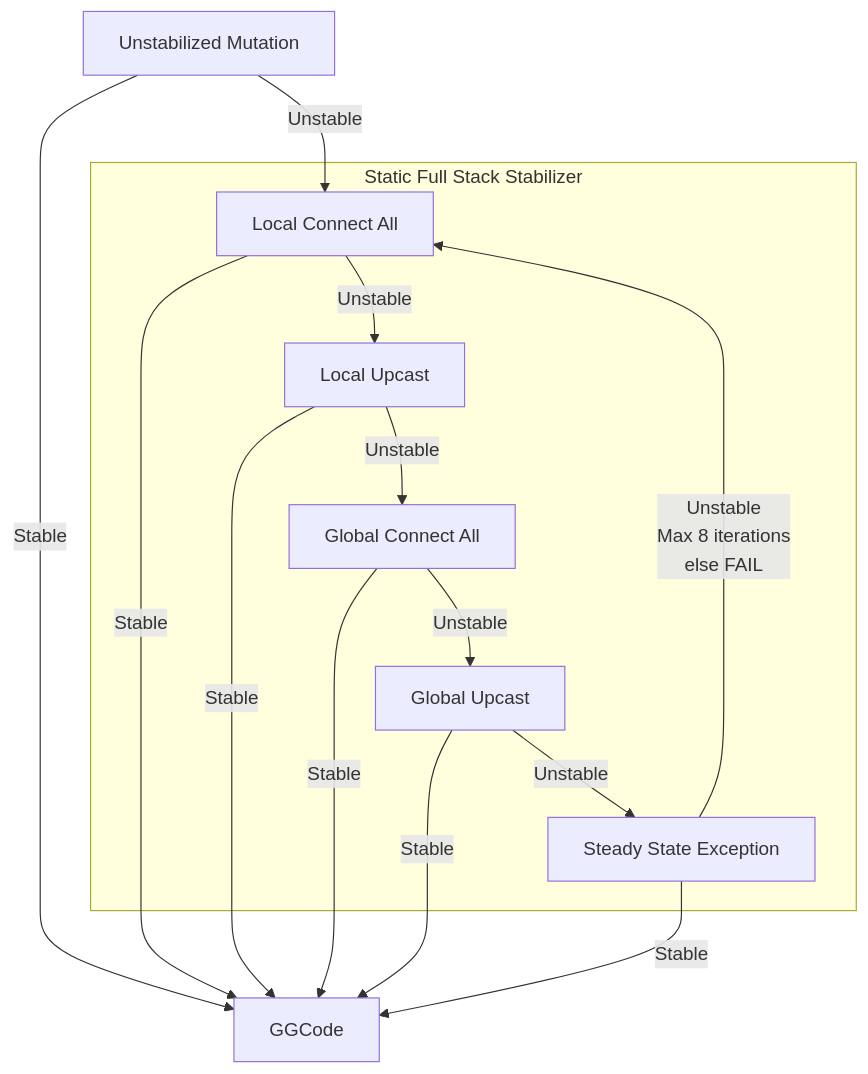
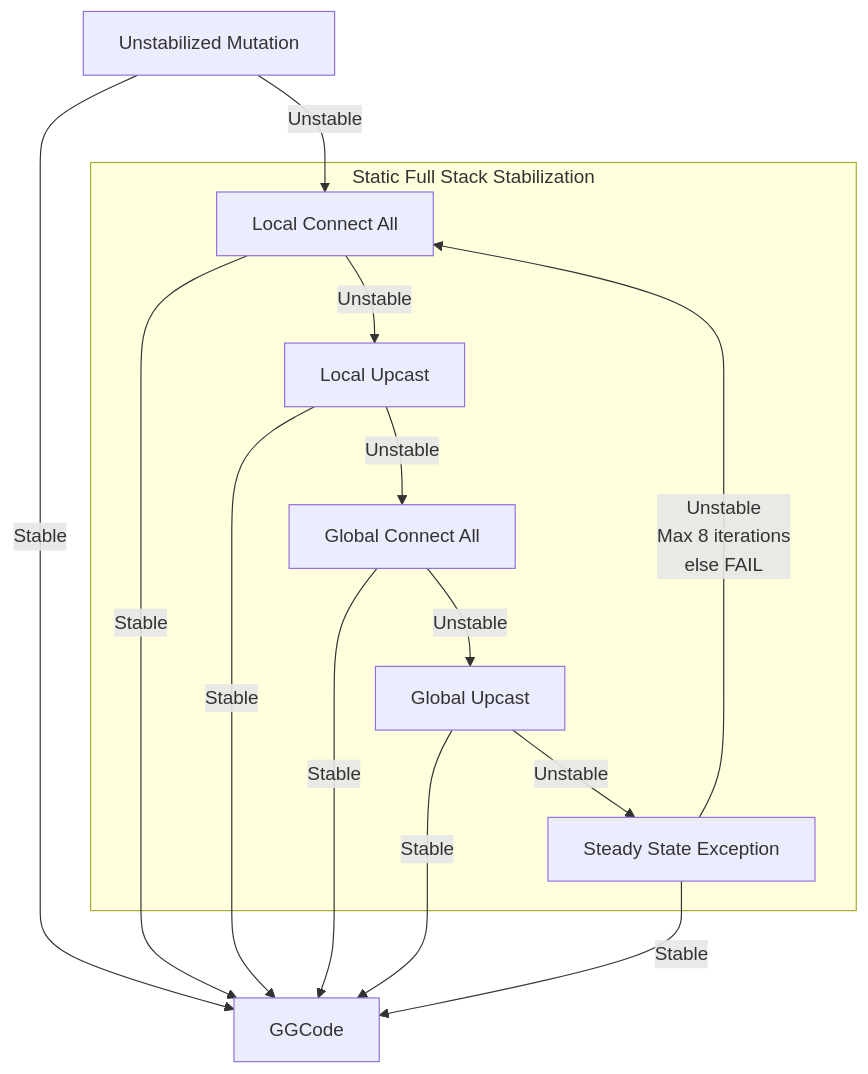
One commit to Shapedsundew9/erasmus-gp changed the diagram in egppy/egppy/physics/docs/sse.md. Above: the diagram before and after it, drawn with Mermaid. The commit also changed other lines of this file and 22 other files, not shown here.

````diff
--- a/egppy/egppy/physics/docs/sse.md
+++ b/egppy/egppy/physics/docs/sse.md
@@ -50,30 +50,30 @@
 ```mermaid
 %% Paths to Stability
 flowchart TB
     UM["Unstabilized Mutation"]
 
-    subgraph FSS["Static Full Stack Stabilizer"]
+    subgraph FSS["Static Full Stack Stabilization"]
         LCA["Local Connect All"]
         LUC["Local Upcast"]
         GCA["Global Connect All"]
         GUC["Global Upcast"]
         SSE["Steady State Exception"]
     end
 
     GGC["GGCode"]
 
     UM -- Stable --> GGC
     UM -- Unstable --> LCA
     LCA -- Stable --> GGC
     LCA -- Unstable --> LUC
     LUC -- Stable --> GGC
     LUC -- Unstable --> GCA
     GCA -- Stable --> GGC
     GCA -- Unstable --> GUC
     GUC -- Stable --> GGC
     GUC -- Unstable --> SSE
     SSE -- Stable --> GGC
     SSE -- Unstable
     Max 8 iterations
     else FAIL --> LCA
 ```
````
